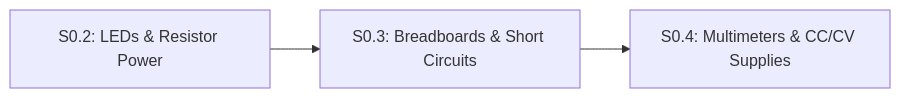
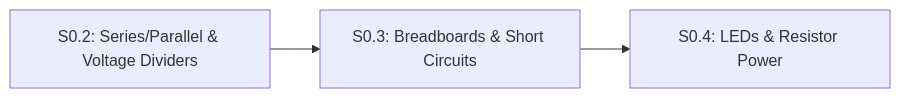
One commit to TLE47/Mechatronics-Roadmap changed the diagram in stage-0/S0.3-breadboards-and-short-circuits.md. Above: the diagram before and after it, drawn with Mermaid. The commit also changed other lines of this file and 58 other files, not shown here.

````diff
--- a/stage-0/S0.3-breadboards-and-short-circuits.md
+++ b/stage-0/S0.3-breadboards-and-short-circuits.md
@@ -28,5 +28,5 @@
 ```mermaid
 flowchart LR
-    S02["S0.2: LEDs & Resistor Power"] --> S03["S0.3: Breadboards & Short Circuits"]
-    S03 --> S04["S0.4: Multimeters & CC/CV Supplies"]
+    S02["S0.2: Series/Parallel & Voltage Dividers"] --> S03["S0.3: Breadboards & Short Circuits"]
+    S03 --> S04["S0.4: LEDs & Resistor Power"]
 ```
````
